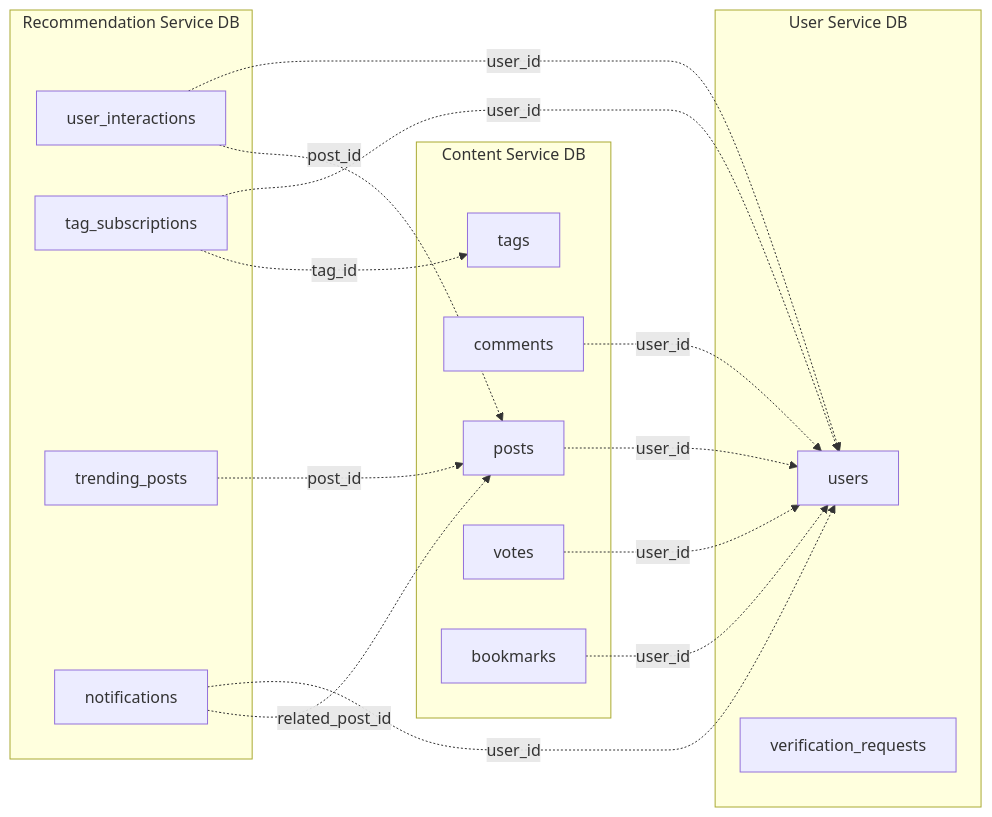
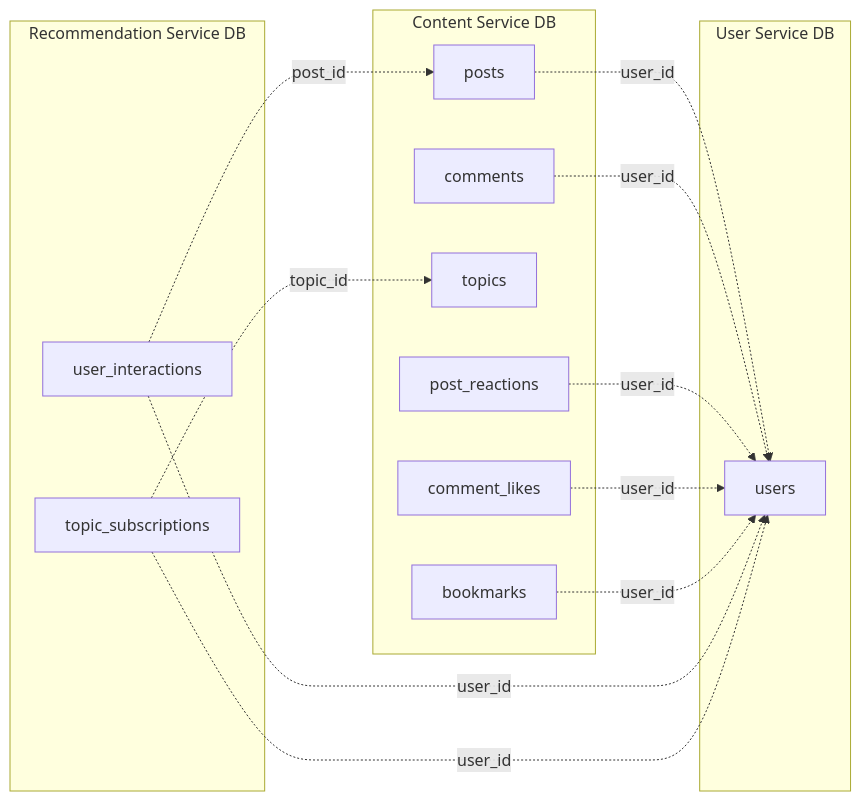
One commit to AET-DevOps26/team-colleague-md changed the diagram in docs/database/schema.md. Above: the diagram before and after it, drawn with Mermaid. The commit also changed other lines of this file and 6 other files, not shown here.

First line of the commit message:
docs: refine service data schemas and align project scope design

````diff
--- a/docs/database/schema.md
+++ b/docs/database/schema.md
@@ -21,34 +21,30 @@
 ```mermaid
 graph LR
     subgraph US["User Service DB"]
         users
-        verification_requests
     end
 
     subgraph CS["Content Service DB"]
         posts
         comments
-        tags
-        votes
+        topics
+        post_reactions
+        comment_likes
         bookmarks
     end
 
     subgraph RS["Recommendation Service DB"]
         user_interactions
-        tag_subscriptions
-        trending_posts
-        notifications
+        topic_subscriptions
     end
 
     posts -.->|user_id| users
     comments -.->|user_id| users
-    votes -.->|user_id| users
+    post_reactions -.->|user_id| users
+    comment_likes -.->|user_id| users
     bookmarks -.->|user_id| users
-    notifications -.->|user_id| users
-    notifications -.->|related_post_id| posts
     user_interactions -.->|user_id| users
     user_interactions -.->|post_id| posts
-    tag_subscriptions -.->|user_id| users
-    tag_subscriptions -.->|tag_id| tags
-    trending_posts -.->|post_id| posts
+    topic_subscriptions -.->|user_id| users
+    topic_subscriptions -.->|topic_id| topics
 ```
````
